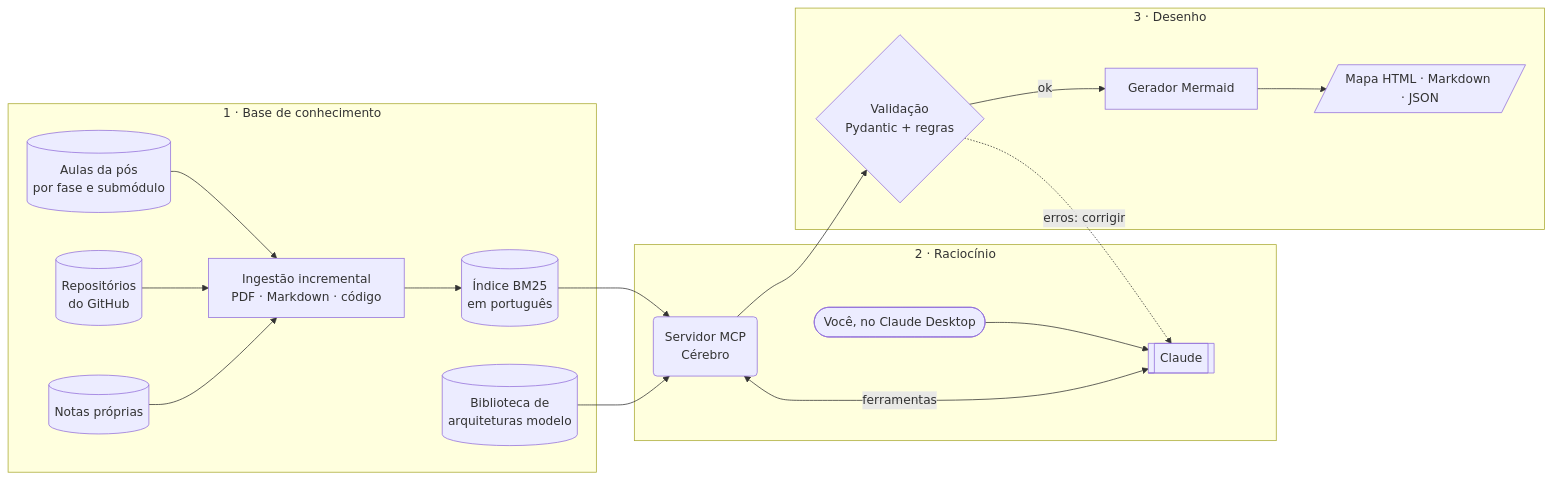
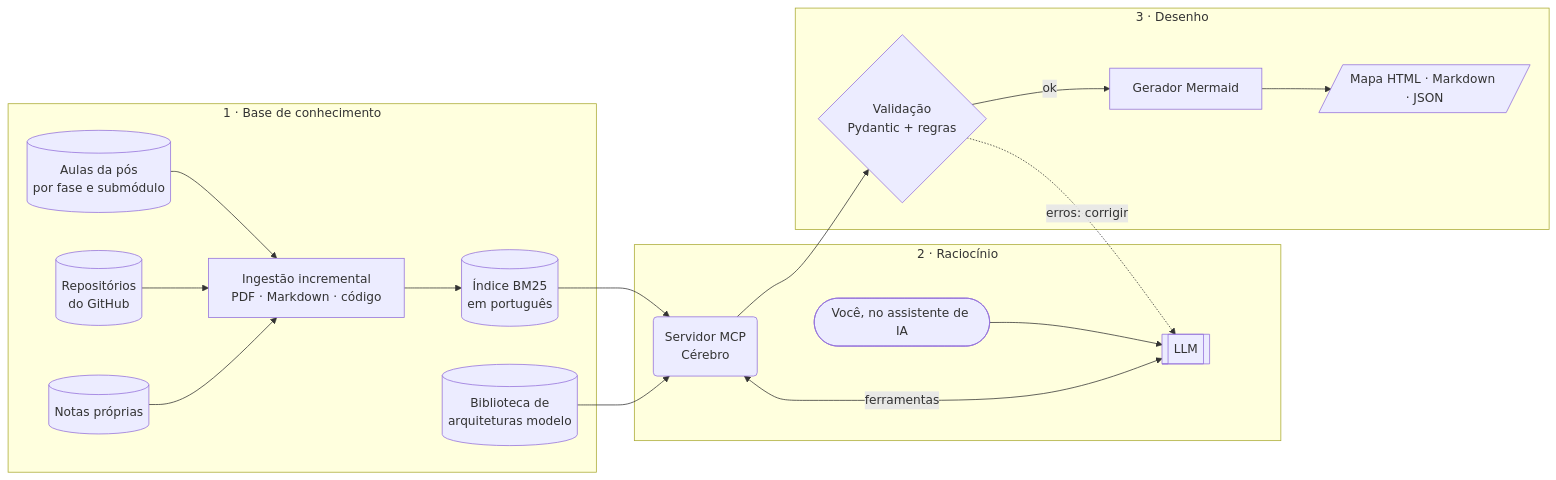
One commit to Henry3151/Cerebro-MLE changed the diagram in README.md. Above: the diagram before and after it, drawn with Mermaid. The commit also changed other lines of this file and 9 other files, not shown here.

````diff
--- a/README.md
+++ b/README.md
@@ -15,33 +15,33 @@
 ```mermaid
 flowchart LR
     subgraph s_base["1 · Base de conhecimento"]
         c_aulas[("Aulas da pós<br/>por fase e submódulo")]
         c_repos[("Repositórios<br/>do GitHub")]
         c_notas[("Notas próprias")]
         c_ingest["Ingestão incremental<br/>PDF · Markdown · código"]
         c_indice[("Índice BM25<br/>em português")]
         c_padroes[("Biblioteca de<br/>arquiteturas modelo")]
     end
     subgraph s_rac["2 · Raciocínio"]
-        c_user(["Você, no Claude Desktop"])
-        c_claude[["Claude"]]
+        c_user(["Você, no assistente de IA"])
+        c_llm[["LLM"]]
         c_mcp("Servidor MCP<br/>Cérebro")
     end
     subgraph s_saida["3 · Desenho"]
         c_valida{"Validação<br/>Pydantic + regras"}
         c_render["Gerador Mermaid"]
         c_mapa[/"Mapa HTML · Markdown · JSON"/]
     end
     c_aulas --> c_ingest
     c_repos --> c_ingest
     c_notas --> c_ingest
     c_ingest --> c_indice
-    c_user --> c_claude
-    c_claude <-->|"ferramentas"| c_mcp
+    c_user --> c_llm
+    c_llm <-->|"ferramentas"| c_mcp
     c_indice --> c_mcp
     c_padroes --> c_mcp
     c_mcp --> c_valida
-    c_valida -.->|"erros: corrigir"| c_claude
+    c_valida -.->|"erros: corrigir"| c_llm
     c_valida -->|"ok"| c_render
     c_render --> c_mapa
 ```
````
